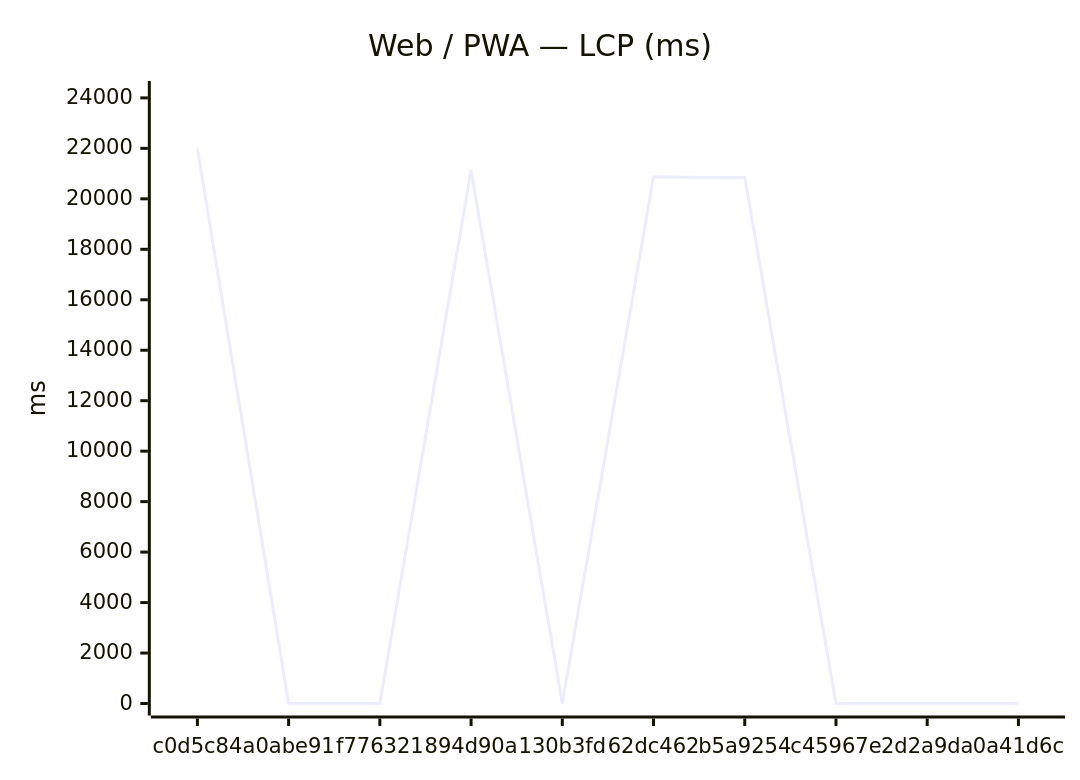
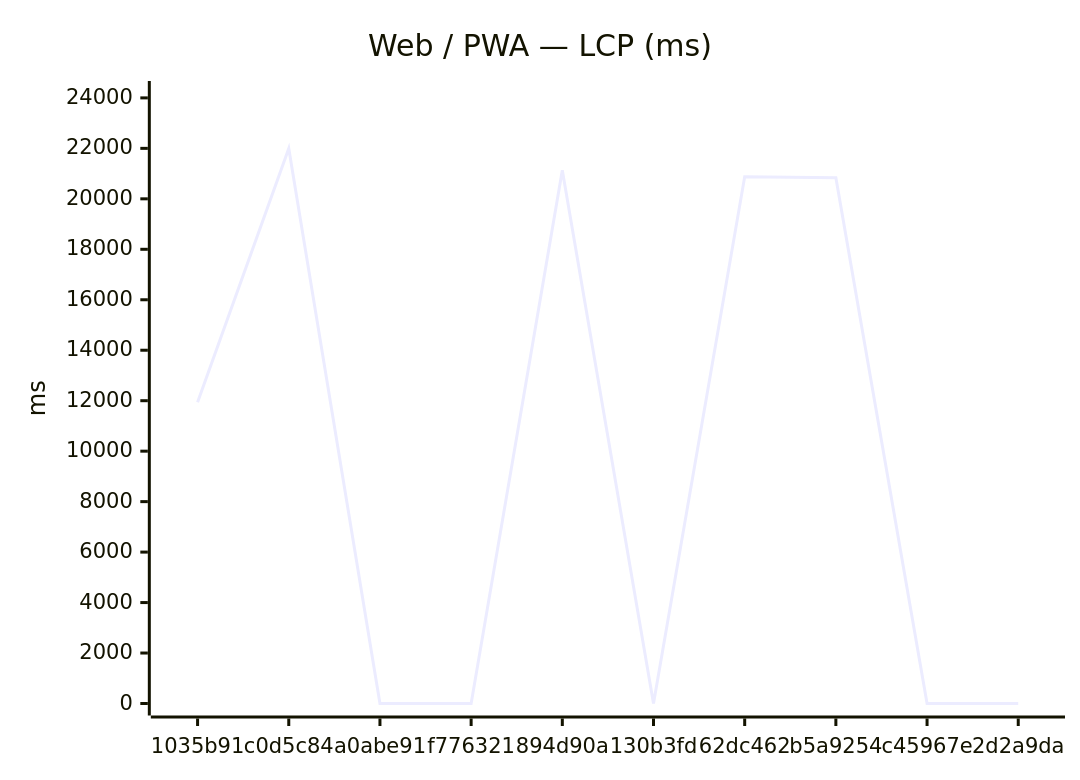
Before and after one commit to Metaheurist/Rianell: the first of 18 diagrams in benchmarks/compare.md, drawn with Mermaid. The commit also changed other lines of this file and 11 other files, not shown here.

````diff
--- a/benchmarks/compare.md
+++ b/benchmarks/compare.md
@@ -24,7 +24,7 @@
 ```mermaid
 xychart-beta
     title "Web / PWA — LCP (ms)"
-    x-axis ["c0d5c84", "a0abe91", "f776321", "894d90a", "130b3fd", "62dc462", "b5a9254", "c45967e", "2d2a9da", "0a41d6c"]
+    x-axis ["1035b91", "c0d5c84", "a0abe91", "f776321", "894d90a", "130b3fd", "62dc462", "b5a9254", "c45967e", "2d2a9da"]
     y-axis "ms" 0 --> 24194
-    line [21994, 0, 0, 21131, 0, 20871, 20837, 0, 0, 0]
+    line [11936, 21994, 0, 0, 21131, 0, 20871, 20837, 0, 0]
 ```
````
